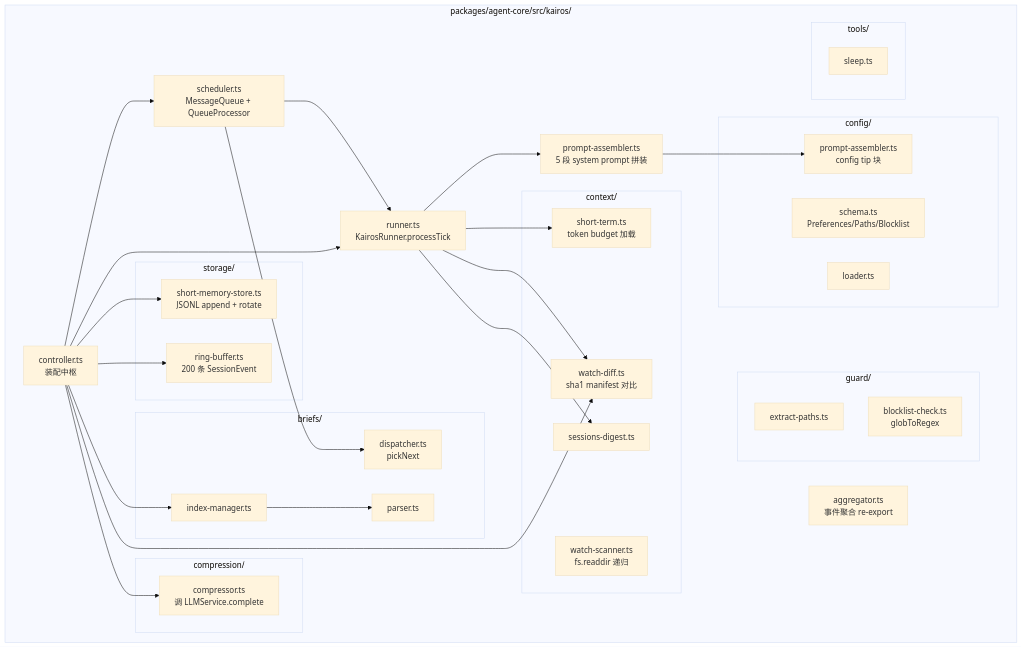
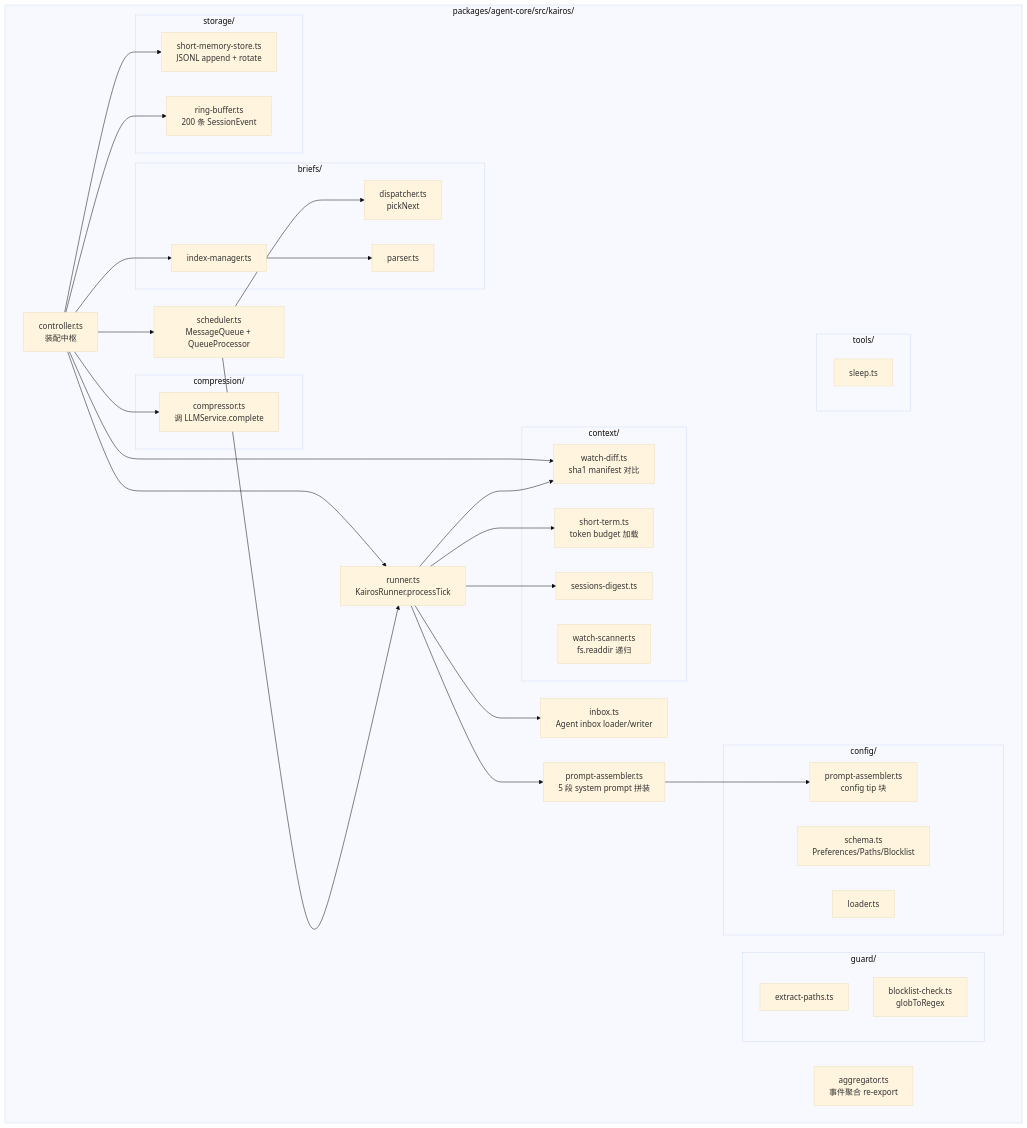
Before and after one commit to WakeUp-Jin/actspace-agent: the diagram in docs/design-docs/agent-current-module-map.md, drawn with Mermaid (base theme). The commit also changed other lines of this file and 18 other files, not shown here.

````diff
--- a/docs/design-docs/agent-current-module-map.md
+++ b/docs/design-docs/agent-current-module-map.md
@@ -106,63 +106,65 @@
 ```mermaid
 flowchart TB
   subgraph kairos[packages/agent-core/src/kairos/]
     Controller[controller.ts<br/>装配中枢]
     Scheduler[scheduler.ts<br/>MessageQueue + QueueProcessor]
     Runner[runner.ts<br/>KairosRunner.processTick]
     PromptAsm[prompt-assembler.ts<br/>5 段 system prompt 拼装]
+    Inbox[inbox.ts<br/>Agent inbox loader/writer]
     Aggregator[aggregator.ts<br/>事件聚合 re-export]
 
     subgraph cfg[config/]
       Schema[schema.ts<br/>Preferences/Paths/Blocklist]
       Loader[loader.ts]
       CfgPrompt[prompt-assembler.ts<br/>config tip 块]
     end
 
     subgraph store[storage/]
       ShortMem[short-memory-store.ts<br/>JSONL append + rotate]
       Ring[ring-buffer.ts<br/>200 条 SessionEvent]
     end
 
     subgraph ctx[context/]
       ShortTerm[short-term.ts<br/>token budget 加载]
       WatchScan[watch-scanner.ts<br/>fs.readdir 递归]
       WatchDiff[watch-diff.ts<br/>sha1 manifest 对比]
       SessDigest[sessions-digest.ts]
     end
 
     subgraph briefs[briefs/]
       BParser[parser.ts]
       BIndex[index-manager.ts]
       BDispatch[dispatcher.ts<br/>pickNext]
     end
 
     subgraph guard[guard/]
       Extract[extract-paths.ts]
       Block[blocklist-check.ts<br/>globToRegex]
     end
 
     subgraph compress[compression/]
       Compressor[compressor.ts<br/>调 LLMService.complete]
     end
 
     subgraph tools[tools/]
       SleepTool[sleep.ts]
     end
   end
 
   Controller --> Scheduler
   Controller --> Runner
   Controller --> ShortMem
   Controller --> Ring
   Controller --> BIndex
   Controller --> WatchDiff
   Controller --> Compressor
   Scheduler --> Runner
   Scheduler --> BDispatch
   Runner --> PromptAsm
   Runner --> ShortTerm
   Runner --> WatchDiff
   Runner --> SessDigest
+  Runner --> Inbox
   PromptAsm --> CfgPrompt
   BIndex --> BParser
 ```
````
